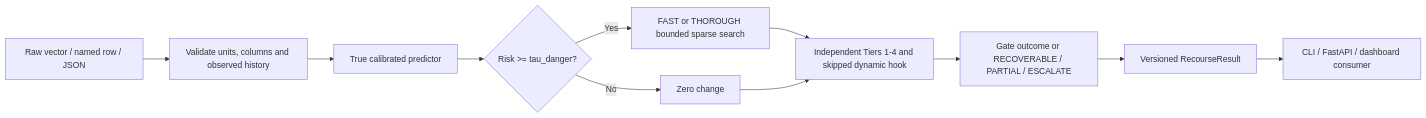
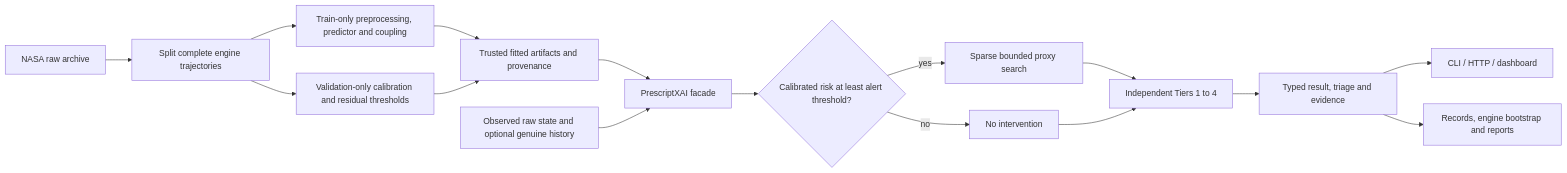
The diagram in docs/architecture.md (Chiranth-17/PrescriptXAI), drawn with Mermaid before and after one commit. The commit also changed other lines of this file and 29 other files, not shown here.

````diff
--- a/docs/architecture.md
+++ b/docs/architecture.md
@@ -88,13 +8,18 @@
 ```mermaid
 flowchart LR
-  R[Raw vector / named row / JSON] --> N[Validate units, columns and observed history]
-  N --> P[True calibrated predictor]
-  P --> G{Risk >= tau_danger?}
-  G -->|Yes| O[FAST or THOROUGH bounded sparse search]
-  G -->|No| Z[Zero change]
-  O --> V[Independent Tiers 1-4 and skipped dynamic hook]
-  Z --> V
-  V --> T[Gate outcome or RECOVERABLE / PARTIAL / ESCALATE]
-  T --> S[Versioned RecourseResult]
-  S --> C[CLI / FastAPI / dashboard consumer]
+  ZIP[NASA raw archive] --> Split[Split complete engine trajectories]
+  Split --> Fit[Train-only preprocessing, predictor and coupling]
+  Split --> Cal[Validation-only calibration and residual thresholds]
+  Fit --> Bundle[Trusted fitted artifacts and provenance]
+  Cal --> Bundle
+  Bundle --> Facade[PrescriptXAI facade]
+  Raw[Observed raw state and optional genuine history] --> Facade
+  Facade --> Gate{Calibrated risk at least alert threshold?}
+  Gate -->|yes| Search[Sparse bounded proxy search]
+  Gate -->|no| Unchanged[No intervention]
+  Search --> Validate[Independent Tiers 1 to 4]
+  Unchanged --> Validate
+  Validate --> Result[Typed result, triage and evidence]
+  Result --> UI[CLI / HTTP / dashboard]
+  Result --> Eval[Records, engine bootstrap and reports]
 ```
````
